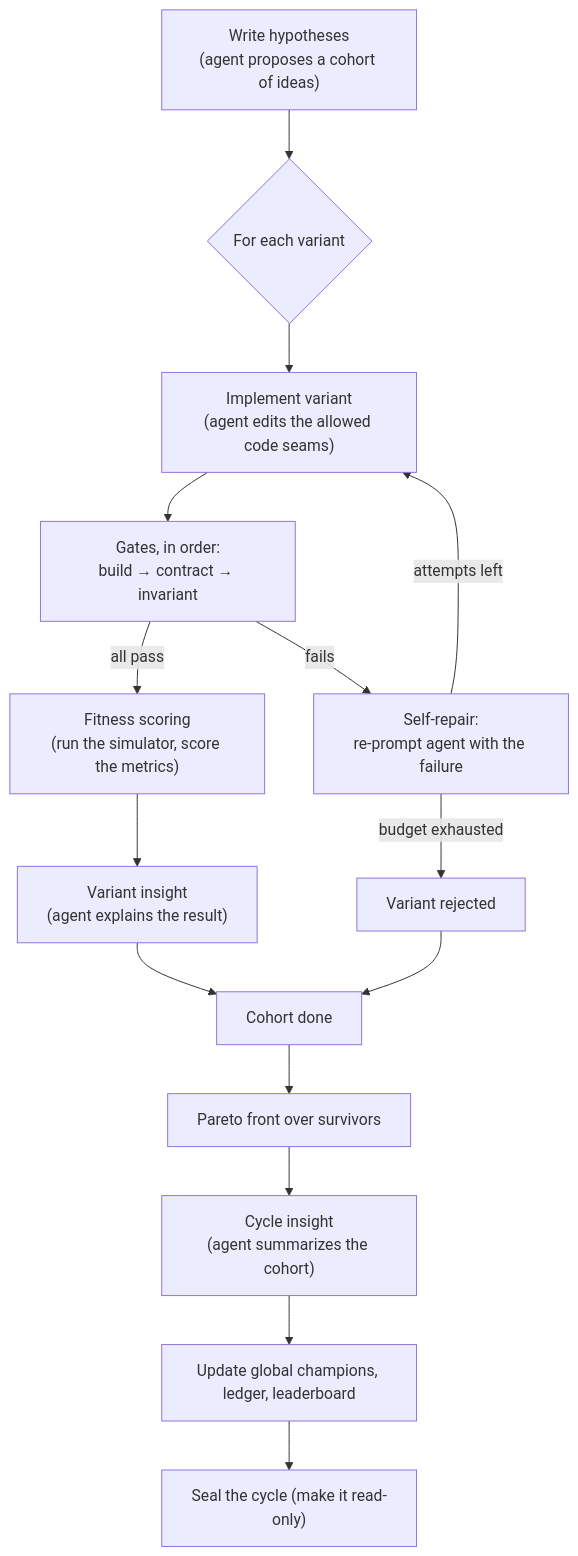
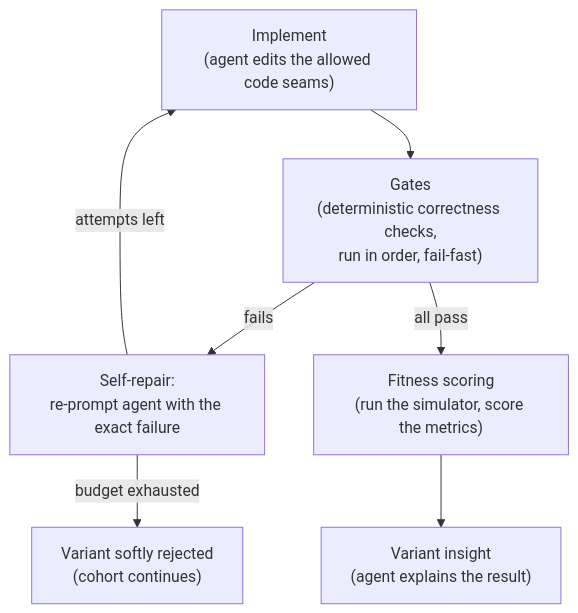
One commit to yanivholder2/cache-evolve changed the third of 3 diagrams in wiki/Home.md. Above: the diagram before and after it, drawn with Mermaid. The commit also changed other lines of this file and 1 other file, not shown here.

Commit message:
Restructure wiki Home around evolution flow; split concepts in sidebar

````diff
--- a/wiki/Home.md
+++ b/wiki/Home.md
@@ -52,17 +52,9 @@
 ```mermaid
 flowchart TD
-    A["Write hypotheses<br/>(agent proposes a cohort of ideas)"] --> B{For each variant}
-    B --> C["Implement variant<br/>(agent edits the allowed code seams)"]
-    C --> D["Gates, in order:<br/>build → contract → invariant"]
-    D -->|fails| R["Self-repair:<br/>re-prompt agent with the failure"]
+    C["Implement<br/>(agent edits the allowed code seams)"] --> D["Gates<br/>(deterministic correctness checks,<br/>run in order, fail-fast)"]
+    D -->|fails| R["Self-repair:<br/>re-prompt agent with the exact failure"]
     R -->|attempts left| C
-    R -->|budget exhausted| X["Variant rejected"]
+    R -->|budget exhausted| X["Variant softly rejected<br/>(cohort continues)"]
     D -->|all pass| E["Fitness scoring<br/>(run the simulator, score the metrics)"]
     E --> F["Variant insight<br/>(agent explains the result)"]
-    F --> G["Cohort done"]
-    X --> G
-    G --> H["Pareto front over survivors"]
-    H --> I["Cycle insight<br/>(agent summarizes the cohort)"]
-    I --> J["Update global champions, ledger, leaderboard"]
-    J --> K["Seal the cycle (make it read-only)"]
 ```
````
